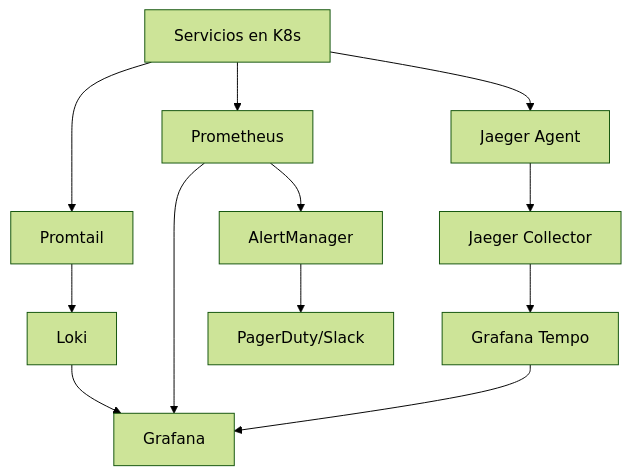
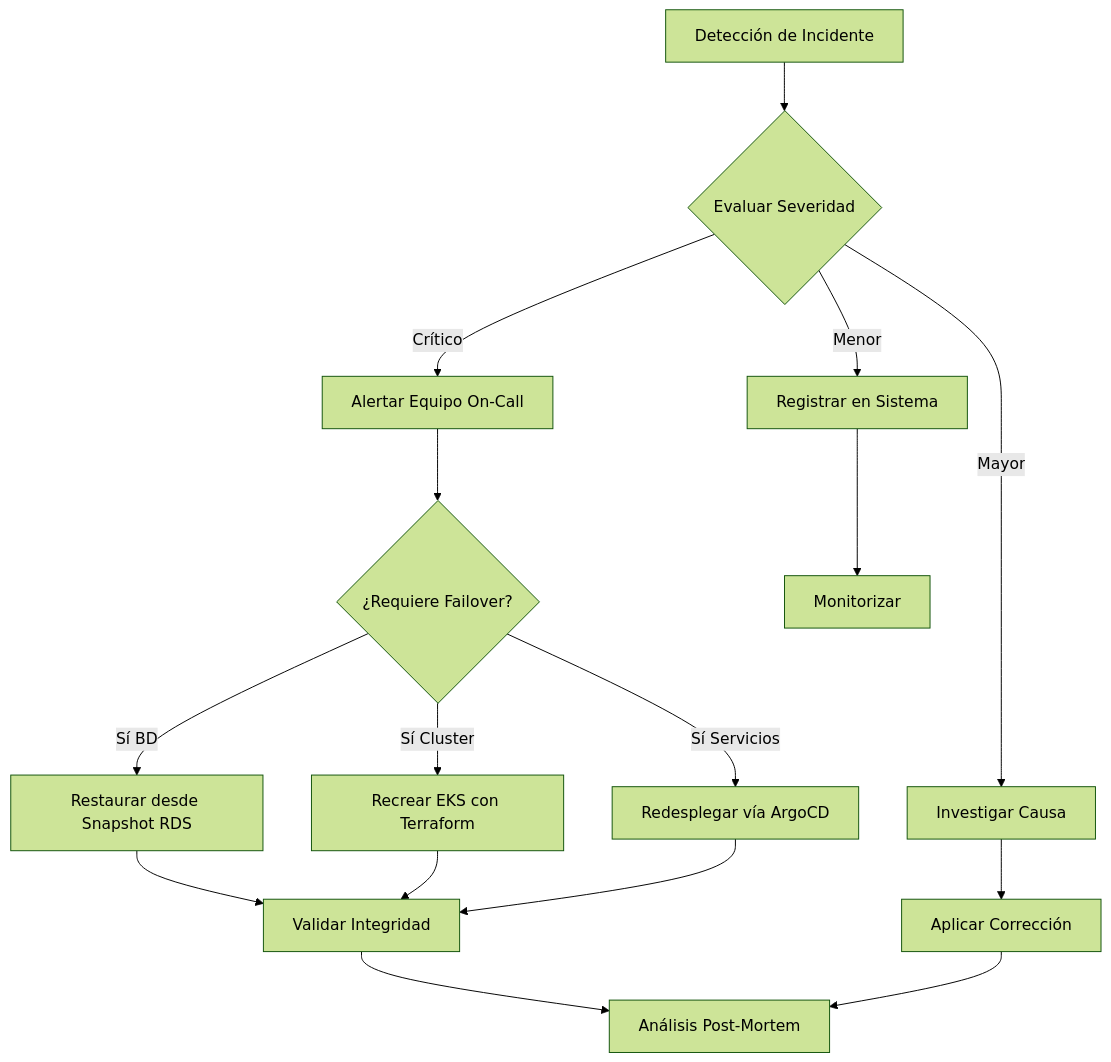
One commit to retrogamecloud/docs changed the second of 3 diagrams in IMPROVEMENTS.md. Above: the diagram before and after it, drawn with Mermaid (forest theme). The commit also changed other lines of this file and 18 other files, not shown here.

````diff
--- a/IMPROVEMENTS.md
+++ b/IMPROVEMENTS.md
@@ -95,14 +68,18 @@
 ```mermaid
-graph TD
-    A[Servicios en K8s] --> B[Promtail]
-    A --> C[Prometheus]
-    A --> D[Jaeger Agent]
-    B --> E[Loki]
-    C --> F[Grafana]
-    E --> F
-    D --> G[Jaeger Collector]
-    G --> H[Grafana Tempo]
-    H --> F
-    C --> I[AlertManager]
-    I --> J[PagerDuty/Slack]
+flowchart TD
+    Start[Detección de Incidente] --> Assess{Evaluar Severidad}
+    Assess -->|Crítico| Alert[Alertar Equipo On-Call]
+    Assess -->|Mayor| Investigate[Investigar Causa]
+    Assess -->|Menor| Log[Registrar en Sistema]
+    Alert --> Failover{¿Requiere Failover?}
+    Failover -->|Sí BD| RestoreDB[Restaurar desde Snapshot RDS]
+    Failover -->|Sí Cluster| RecreateEKS[Recrear EKS con Terraform]
+    Failover -->|Sí Servicios| RedeployServices[Redesplegar vía ArgoCD]
+    RestoreDB --> Validate[Validar Integridad]
+    RecreateEKS --> Validate
+    RedeployServices --> Validate
+    Validate --> PostMortem[Análisis Post-Mortem]
+    Investigate --> Fix[Aplicar Corrección]
+    Fix --> PostMortem
+    Log --> Monitor[Monitorizar]
 ```
````
